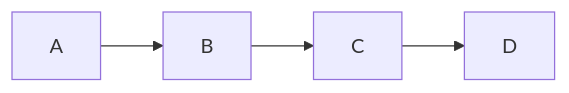
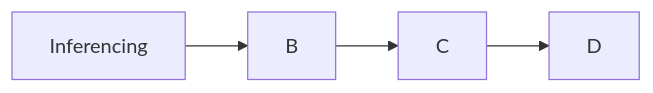
Before and after one commit to anubhavamd/sample: the diagram in README.md, drawn with Mermaid.

````diff
--- a/README.md
+++ b/README.md
@@ -1,10 +1,7 @@
 ```mermaid
 flowchart LR
-    A-->B
+    Inferencing-->B
     B-->C
     C-->D
-    click A callback "Tooltip for a callback"
-    click B "https://www.github.com" "This is a tooltip for a link"
-    click A call callback() "Tooltip for a callback"
-    click B href "https://www.github.com" "This is a tooltip for a link"
+    click Inferencing href "https://github.com/anubhavamd/Deep-Learning-Updated#51-inferencing"
 ```
````
